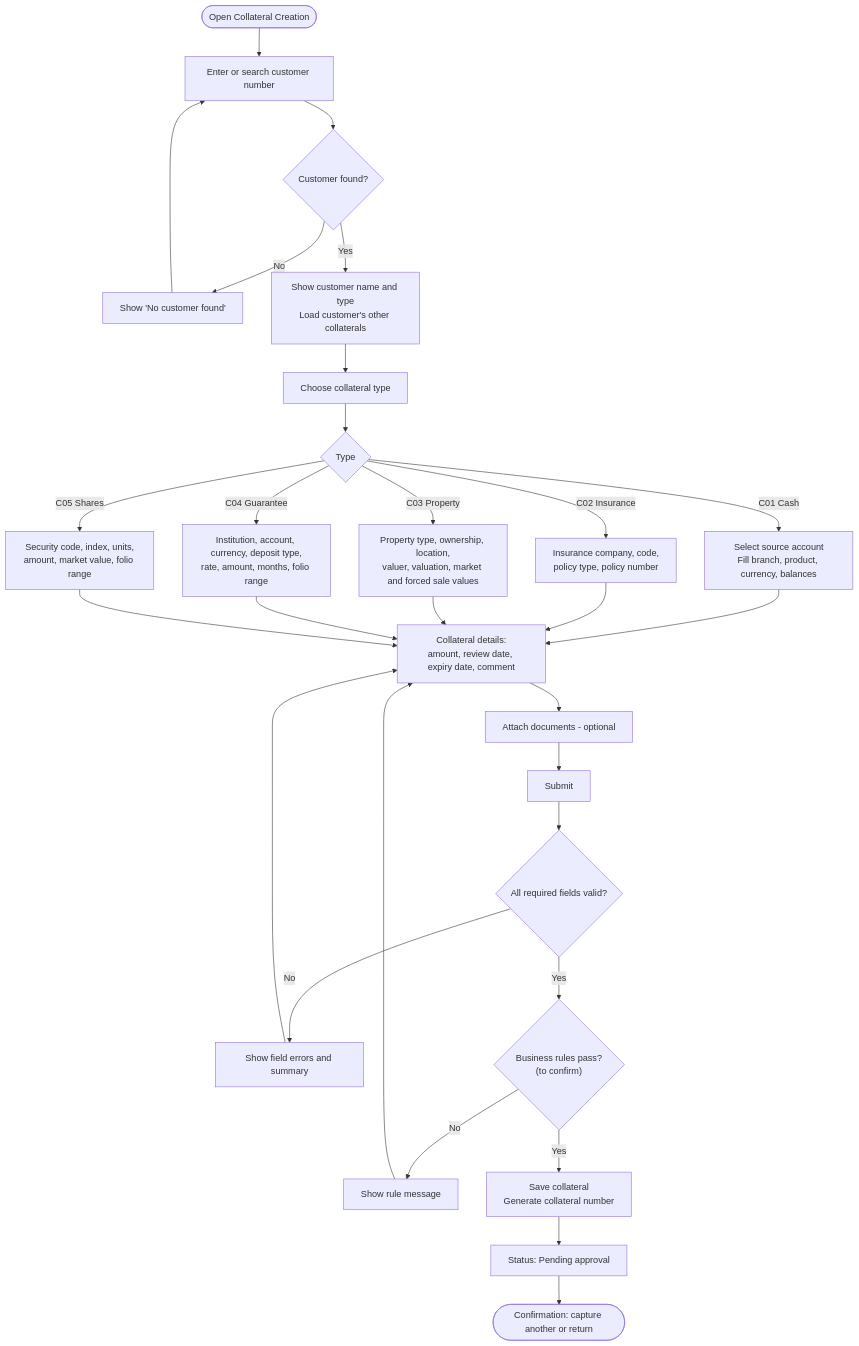
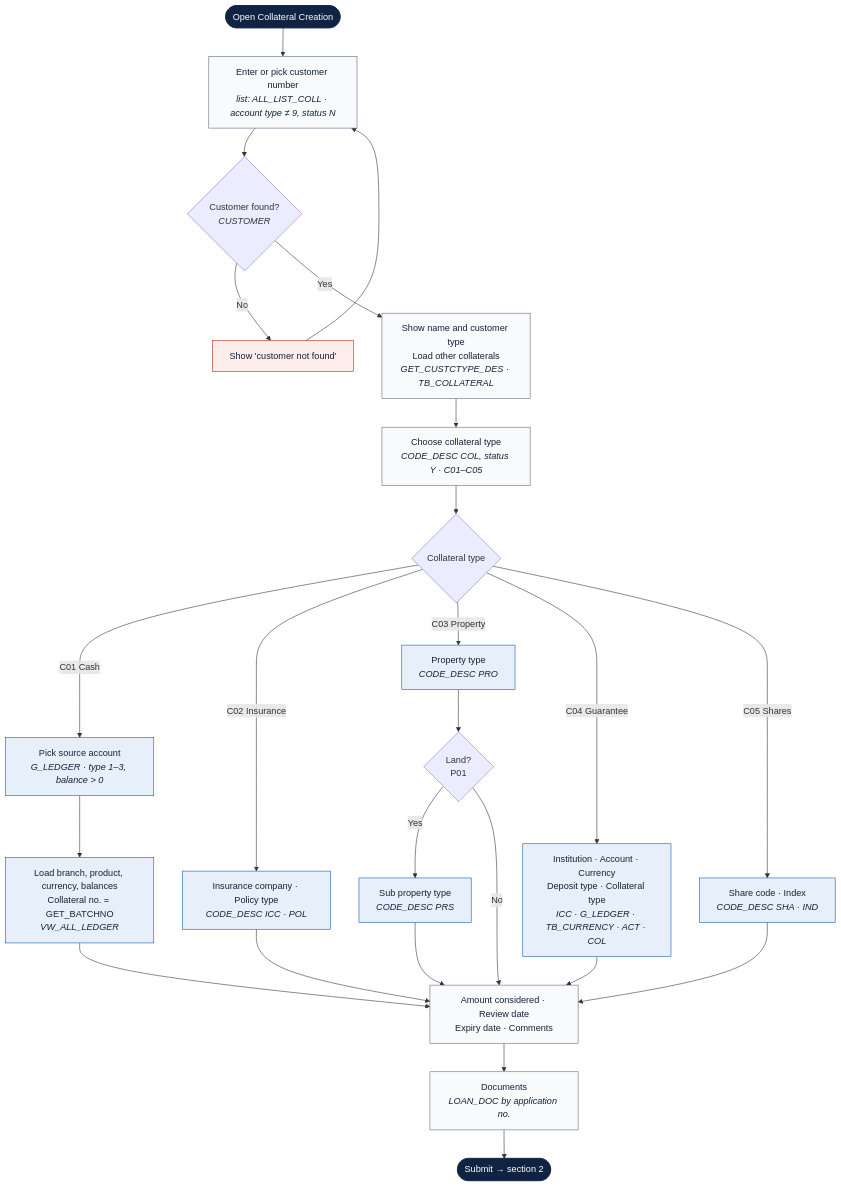
Before and after one commit to michaelAcheampongKwarfo/Collateral-Management: the first of 2 diagrams in docs/creation/flowchart.md, drawn with Mermaid. The commit also changed other lines of this file and 6 other files, not shown here.

First line of the commit message:
Add Collateral Creation flowchart from the PL/SQL

````diff
--- a/docs/creation/flowchart.md
+++ b/docs/creation/flowchart.md
@@ -5,24 +11,32 @@
 ```mermaid
 flowchart TD
-    A([Open Collateral Creation]) --> B[Enter or search customer number]
-    B --> C{Customer found?}
-    C -- No --> C1[Show 'No customer found'] --> B
-    C -- Yes --> D[Show customer name and type<br/>Load customer's other collaterals]
-    D --> E[Choose collateral type]
-    E --> F{Type}
-    F -- C01 Cash --> G1[Select source account<br/>Fill branch, product, currency, balances]
-    F -- C02 Insurance --> G2[Insurance company, code,<br/>policy type, policy number]
-    F -- C03 Property --> G3[Property type, ownership, location,<br/>valuer, valuation, market and forced sale values]
-    F -- C04 Guarantee --> G4[Institution, account, currency, deposit type,<br/>rate, amount, months, folio range]
-    F -- C05 Shares --> G5[Security code, index, units,<br/>amount, market value, folio range]
-    G1 & G2 & G3 & G4 & G5 --> H[Collateral details:<br/>amount, review date, expiry date, comment]
-    H --> I[Attach documents - optional]
-    I --> J[Submit]
-    J --> K{All required fields valid?}
-    K -- No --> K1[Show field errors and summary] --> H
-    K -- Yes --> L{"Business rules pass?<br/>(to confirm)"}
-    L -- No --> L1[Show rule message] --> H
-    L -- Yes --> M[Save collateral<br/>Generate collateral number]
-    M --> N[Status: Pending approval]
-    N --> O([Confirmation: capture another or return])
+    A([Open Collateral Creation]) --> B["Enter or pick customer number<br/><i>list: ALL_LIST_COLL · account type ≠ 9, status N</i>"]
+    B --> D{"Customer found?<br/><i>CUSTOMER</i>"}
+    D -- No --> D1[Show 'customer not found'] --> B
+    D -- Yes --> E["Show name and customer type<br/>Load other collaterals<br/><i>GET_CUSTCTYPE_DES · TB_COLLATERAL</i>"]
+    E --> F["Choose collateral type<br/><i>CODE_DESC COL, status Y · C01–C05</i>"]
+    F --> G{Collateral type}
+
+    G -- C01 Cash --> H1["Pick source account<br/><i>G_LEDGER · type 1–3, balance > 0</i>"]
+    H1 --> H1b["Load branch, product, currency, balances<br/>Collateral no. = GET_BATCHNO<br/><i>VW_ALL_LEDGER</i>"]
+    G -- C02 Insurance --> H2["Insurance company · Policy type<br/><i>CODE_DESC ICC · POL</i>"]
+    G -- C03 Property --> H3["Property type<br/><i>CODE_DESC PRO</i>"]
+    H3 --> H3b{"Land?<br/>P01"}
+    H3b -- Yes --> H3c["Sub property type<br/><i>CODE_DESC PRS</i>"]
+    G -- C04 Guarantee --> H4["Institution · Account · Currency<br/>Deposit type · Collateral type<br/><i>ICC · G_LEDGER · TB_CURRENCY · ACT · COL</i>"]
+    G -- C05 Shares --> H5["Share code · Index<br/><i>CODE_DESC SHA · IND</i>"]
+
+    H1b & H2 & H3c & H4 & H5 --> I["Amount considered · Review date<br/>Expiry date · Comments"]
+    H3b -- No --> I
+    I --> J["Documents<br/><i>LOAN_DOC by application no.</i>"]
+    J --> K([Submit → section 2])
+
+    classDef step fill:#F9FAFC,stroke:#5A6A80,color:#13223A
+    classDef db fill:#E7F0FA,stroke:#0B5CAD,color:#13223A
+    classDef term fill:#0F2342,stroke:#0F2342,color:#FFFFFF
+    classDef bad fill:#FDEDEB,stroke:#B42318,color:#13223A
+    class B,E,F,I,J step
+    class H1,H1b,H2,H3,H3c,H4,H5 db
+    class D1 bad
+    class A,K term
 ```
````
